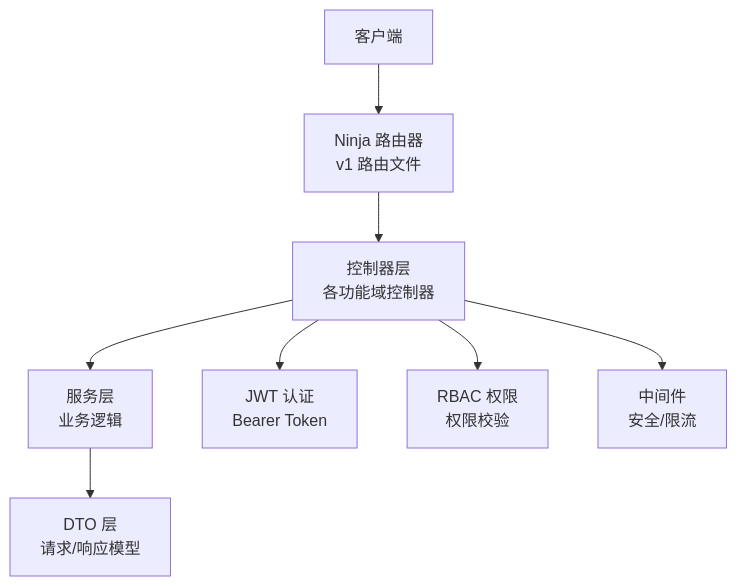
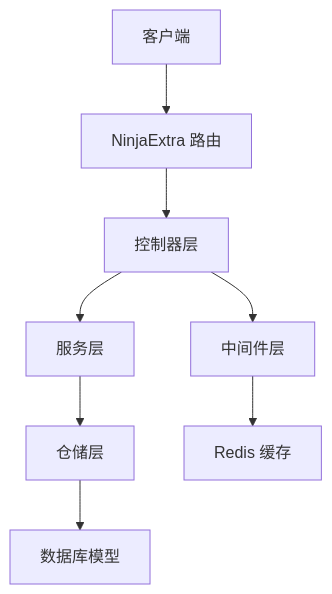
One commit to taoweidong/Hello-Django-Ninja-Api changed the second of 3 diagrams in .qoder/repowiki/zh/content/API 接口文档/API 接口文档.md. Above: the diagram before and after it, drawn with Mermaid. The commit also changed other lines of this file and 106 other files, not shown here.

````diff
--- a/.qoder/repowiki/zh/content/API 接口文档/API 接口文档.md
+++ b/.qoder/repowiki/zh/content/API 接口文档/API 接口文档.md
@@ -78,10 +94,10 @@
 ```mermaid
 graph TB
-Client["客户端"] --> Router["Ninja 路由器<br/>v1 路由文件"]
-Router --> Ctrl["控制器层<br/>各功能域控制器"]
-Ctrl --> Service["服务层<br/>业务逻辑"]
-Service --> DTO["DTO 层<br/>请求/响应模型"]
-Ctrl --> JWT["JWT 认证<br/>Bearer Token"]
-Ctrl --> RBAC["RBAC 权限<br/>权限校验"]
-Ctrl --> MW["中间件<br/>安全/限流"]
+Client["客户端"] --> Router["NinjaExtra 路由"]
+Router --> Ctrl["控制器层"]
+Ctrl --> Service["服务层"]
+Service --> Repo["仓储层"]
+Repo --> DB["数据库模型"]
+Ctrl --> Middlewares["中间件层"]
+Middlewares --> Redis["Redis 缓存"]
 ```
````
